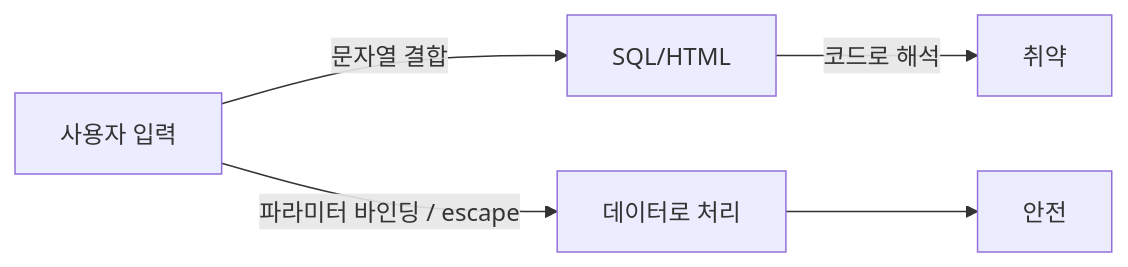
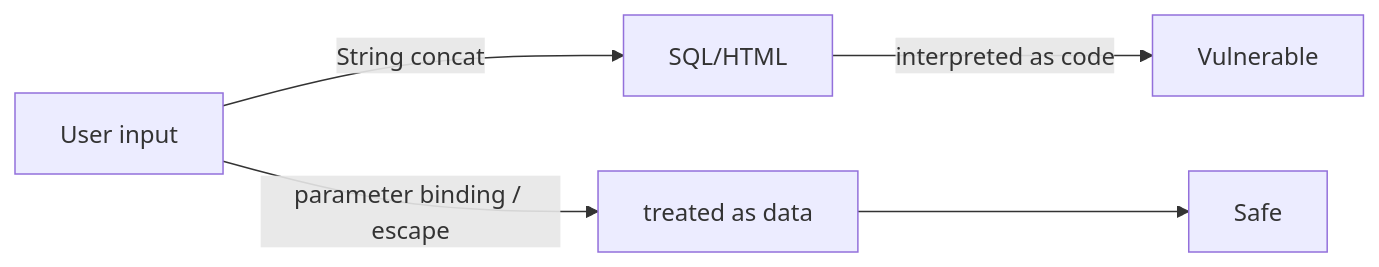
Before and after one commit to yeongseon-books/book-content: the diagram in content/information-security-101/ko/06-sql-injection-and-xss.md, drawn with Mermaid. The commit also changed other lines of this file and 9 other files, not shown here.

````diff
--- a/content/information-security-101/ko/06-sql-injection-and-xss.md
+++ b/content/information-security-101/ko/06-sql-injection-and-xss.md
@@ -36,7 +50,7 @@
 ```mermaid
 flowchart LR
-    U["사용자 입력"] -->|"문자열 결합"| Q["SQL/HTML"]
-    Q -->|"코드로 해석"| X["취약"]
-    U -->|"파라미터 바인딩 / escape"| S["데이터로 처리"]
-    S --> O["안전"]
+    U["User input"] -->|"String concat"| Q["SQL/HTML"]
+    Q -->|"interpreted as code"| X["Vulnerable"]
+    U -->|"parameter binding / escape"| S["treated as data"]
+    S --> O["Safe"]
 ```
````
